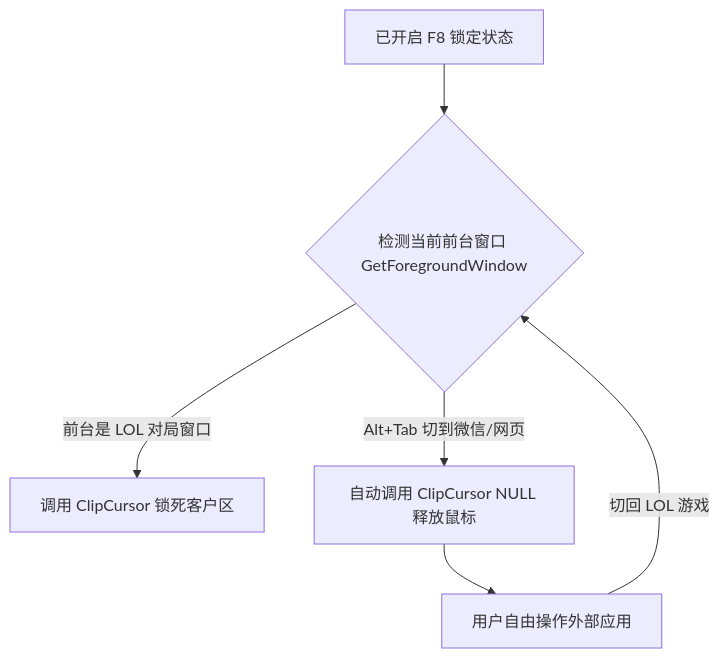
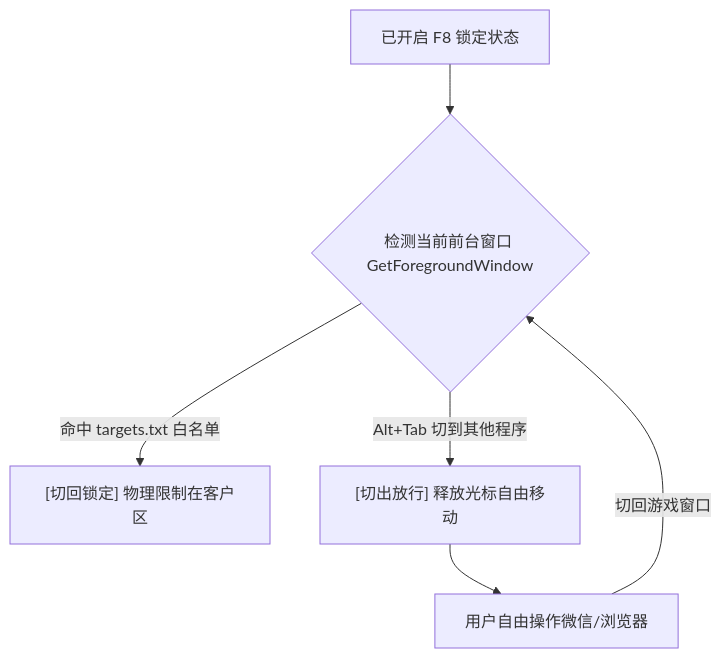
The diagram in README.md (VincentZyu233/games-windows-mouse-lock), drawn with Mermaid before and after one commit. The commit also changed other lines of this file and 2 other files, not shown here.

First line of the commit message:
feat: add targets.txt whitelist with hot reload and symmetric logging

````diff
--- a/README.md
+++ b/README.md
@@ -94,8 +117,8 @@
 ```mermaid
 flowchart TD
     A[已开启 F8 锁定状态] --> B{检测当前前台窗口 GetForegroundWindow}
-    B -->|前台是 LOL 对局窗口| C[调用 ClipCursor 锁死客户区]
-    B -->|Alt+Tab 切到微信/网页| D[自动调用 ClipCursor NULL 释放鼠标]
-    D --> E[用户自由操作外部应用]
-    E -->|切回 LOL 游戏| B
+    B -->|命中 targets.txt 白名单| C["[切回锁定] 物理限制在客户区"]
+    B -->|Alt+Tab 切到其他程序| D["[切出放行] 释放光标自由移动"]
+    D --> E[用户自由操作微信/浏览器]
+    E -->|切回游戏窗口| B
 ```
````
